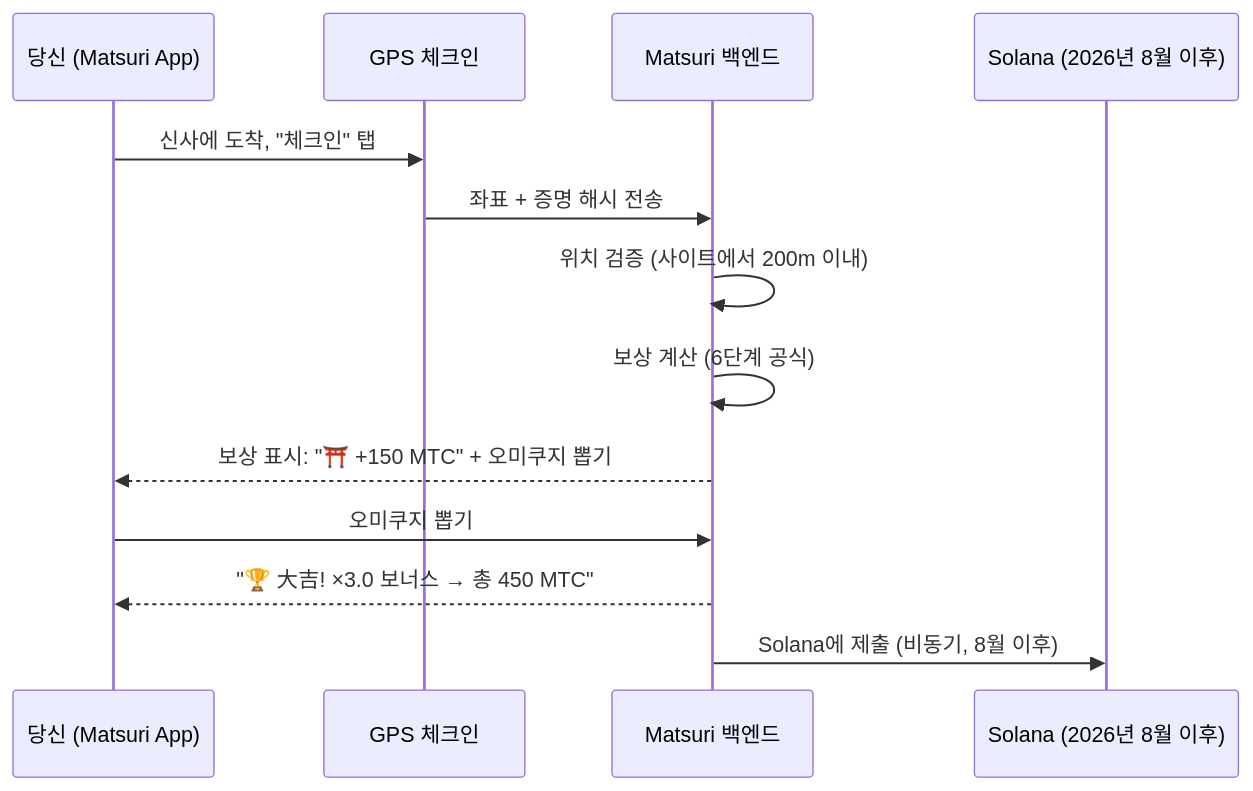
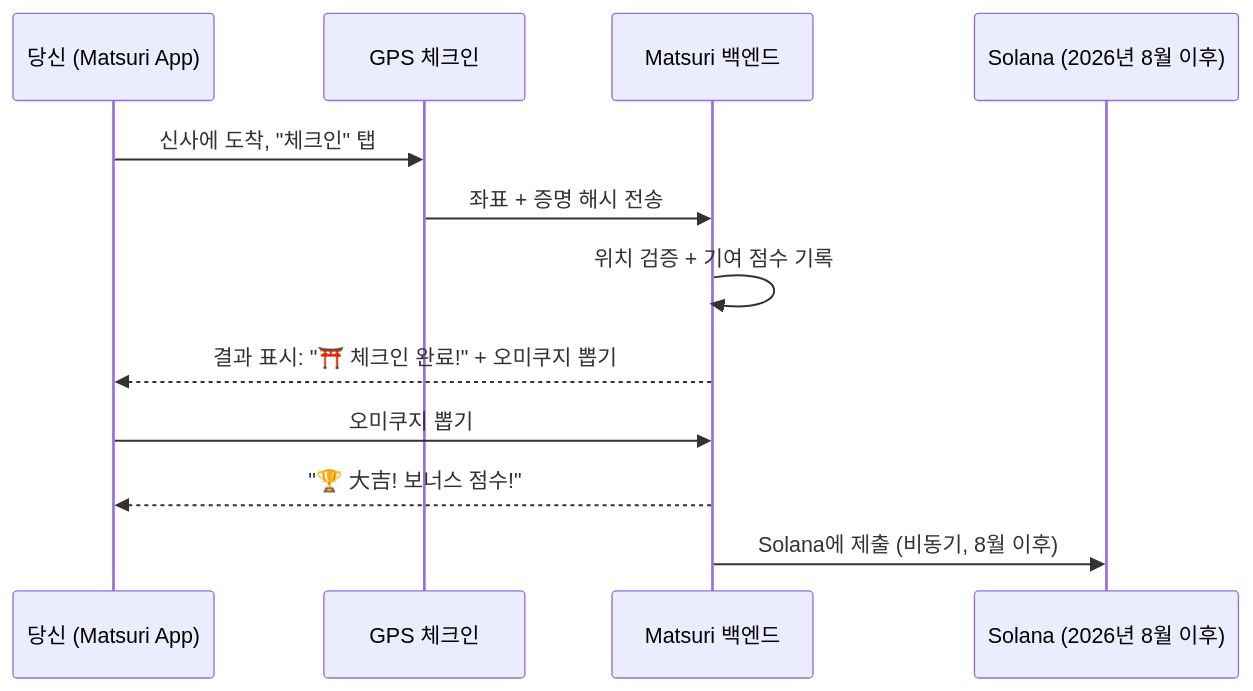
The second of 3 diagrams in i18n/ko/docusaurus-plugin-content-docs/current/04b-how-to-earn.md (Cootakahashi/matsuri-dao-whitepaper), drawn with Mermaid before and after one commit. The commit also changed other lines of this file and 51 other files, not shown here.

````diff
--- a/i18n/ko/docusaurus-plugin-content-docs/current/04b-how-to-earn.md
+++ b/i18n/ko/docusaurus-plugin-content-docs/current/04b-how-to-earn.md
@@ -76,16 +76,15 @@
 ```mermaid
 sequenceDiagram
     participant U as 당신 (Matsuri App)
     participant GPS as GPS 체크인
     participant API as Matsuri 백엔드
     participant SC as Solana (2026년 8월 이후)
 
     U->>GPS: 신사에 도착, "체크인" 탭
     GPS->>API: 좌표 + 증명 해시 전송
-    API->>API: 위치 검증 (사이트에서 200m 이내)
-    API->>API: 보상 계산 (6단계 공식)
-    API-->>U: 보상 표시: "⛩️ +150 MTC" + 오미쿠지 뽑기
+    API->>API: 위치 검증 + 기여 점수 기록
+    API-->>U: 결과 표시: "⛩️ 체크인 완료!" + 오미쿠지 뽑기
     U->>API: 오미쿠지 뽑기
-    API-->>U: "🏆 大吉! ×3.0 보너스 → 총 450 MTC"
+    API-->>U: "🏆 大吉! 보너스 점수!"
     API->>SC: Solana에 제출 (비동기, 8월 이후)
 ```
````
